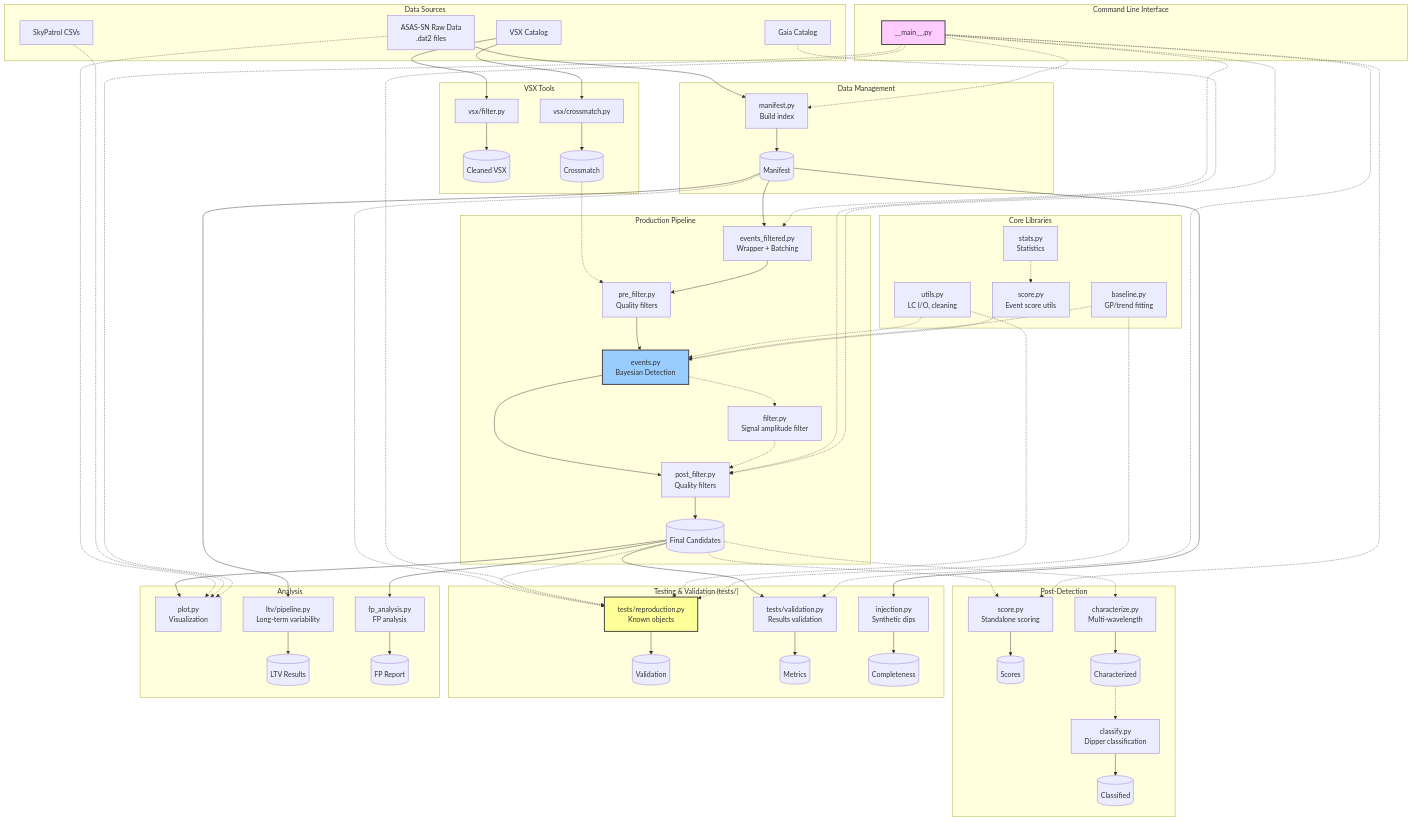
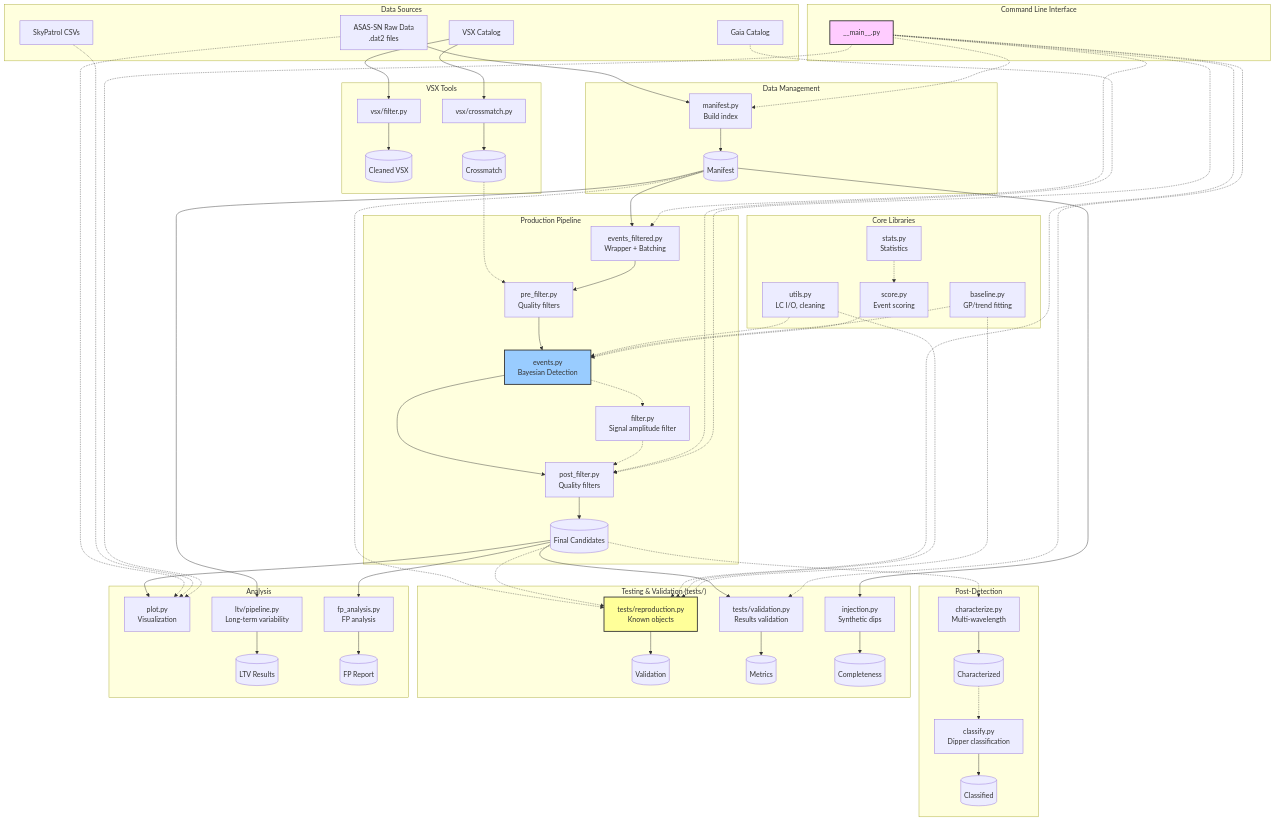
Before and after one commit to calderlen/malca: the diagram in README.md, drawn with Mermaid. The commit also changed other lines of this file and 13 other files, not shown here.

Commit message:
removed duckdb implementation; moved some functions from events to either utils or score module; added detection rate calculation to injection module and print in corresponding scripts; added ztf paper candidates to reproduction matched by gaia id; increased resolution by injection plots by 4x

```diff
--- a/README.md
+++ b/README.md
@@ -124,7 +121,7 @@
         UTILS[utils.py<br/>LC I/O, cleaning]
         BASE[baseline.py<br/>GP/trend fitting]
         STATS_LIB[stats.py<br/>Statistics]
-        SCORE_LIB[score.py<br/>Event score utils]
+        SCORE_LIB[score.py<br/>Event scoring]
     end
 
     subgraph "Data Management"
@@ -161,12 +158,9 @@
     end
 
     subgraph "Post-Detection"
-        SCORE_CLI[score.py<br/>Standalone scoring]
         CHAR[characterize.py<br/>Multi-wavelength]
         CLASSIFY[classify.py<br/>Dipper classification]
 
-        CAND -.-> SCORE_CLI
-        SCORE_CLI --> SCORE_OUT[(Scores)]
         CAND -.-> CHAR
         CHAR --> CHAR_OUT[(Characterized)]
         CHAR_OUT -.-> CLASSIFY
@@ -212,7 +206,6 @@
         CLI -.-> REPRO
         CLI -.-> VALID
         CLI -.-> PLOT
-        CLI -.-> SCORE_CLI
         CLI -.-> POSTFILT
     end
     
```
